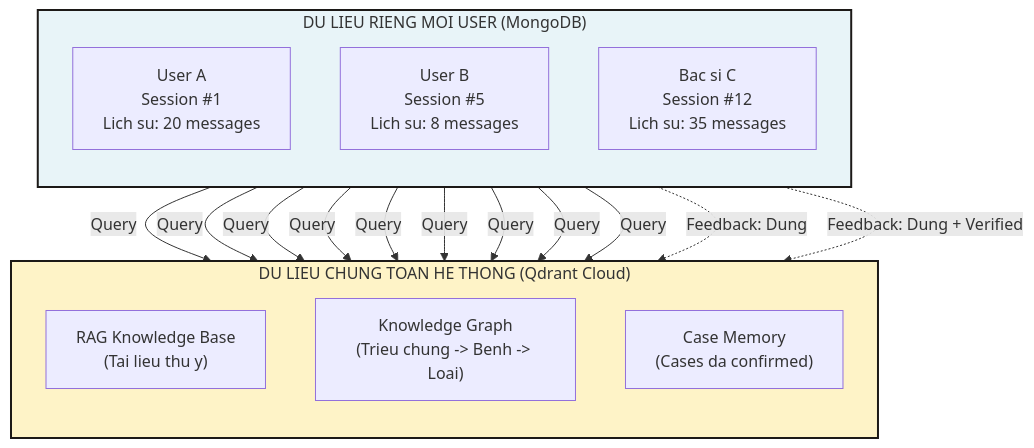
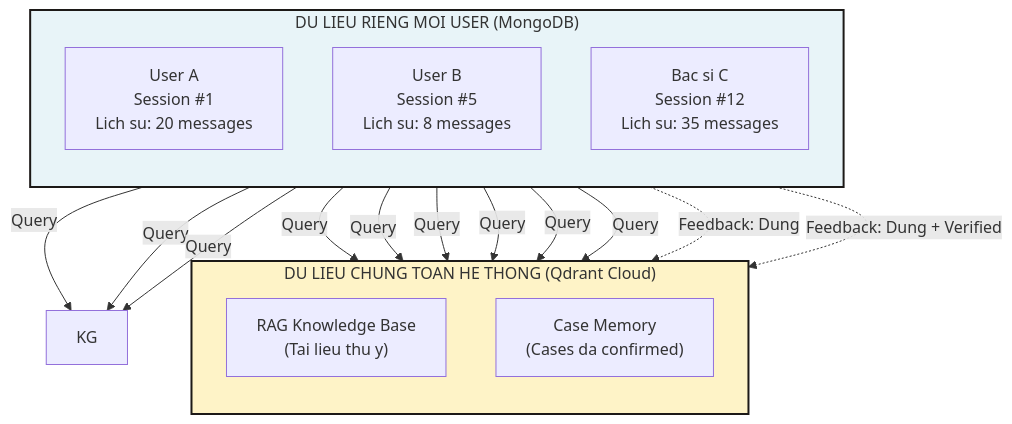
One commit to espresso23/Petties-Veterinary-Appointment-Booking-Platform changed the fifth of 8 diagrams in docs-references/ai-agent/AI_AGENT_DATA_IMPROVEMENT_STRATEGY.md. Above: the diagram before and after it, drawn with Mermaid. The commit also changed other lines of this file and 115 other files, not shown here.

````diff
--- a/docs-references/ai-agent/AI_AGENT_DATA_IMPROVEMENT_STRATEGY.md
+++ b/docs-references/ai-agent/AI_AGENT_DATA_IMPROVEMENT_STRATEGY.md
@@ -1049,32 +882,31 @@
 ```mermaid
 flowchart TB
     subgraph PER_USER["DU LIEU RIENG MOI USER (MongoDB)"]
         direction TB
         U1["User A<br/>Session #1<br/>Lich su: 20 messages"]
         U2["User B<br/>Session #5<br/>Lich su: 8 messages"]
         U3["Bac si C<br/>Session #12<br/>Lich su: 35 messages"]
     end
     
     subgraph SHARED["DU LIEU CHUNG TOAN HE THONG (Qdrant Cloud)"]
         direction TB
         RAG["RAG Knowledge Base<br/>(Tai lieu thu y)"]
-        KG["Knowledge Graph<br/>(Trieu chung -> Benh -> Loai)"]
         CM["Case Memory<br/>(Cases da confirmed)"]
     end
     
     U1 -->|"Query"| RAG
     U2 -->|"Query"| RAG
     U3 -->|"Query"| RAG
     U1 -->|"Query"| KG
     U2 -->|"Query"| KG
     U3 -->|"Query"| KG
     U1 -->|"Query"| CM
     U2 -->|"Query"| CM
     U3 -->|"Query"| CM
     
     U1 -.->|"Feedback: Dung"| CM
     U3 -.->|"Feedback: Dung + Verified"| CM
     
     style PER_USER fill:#e8f4f8,stroke:#1c1917,stroke-width:2px
     style SHARED fill:#fef3c7,stroke:#1c1917,stroke-width:2px
 ```
````
